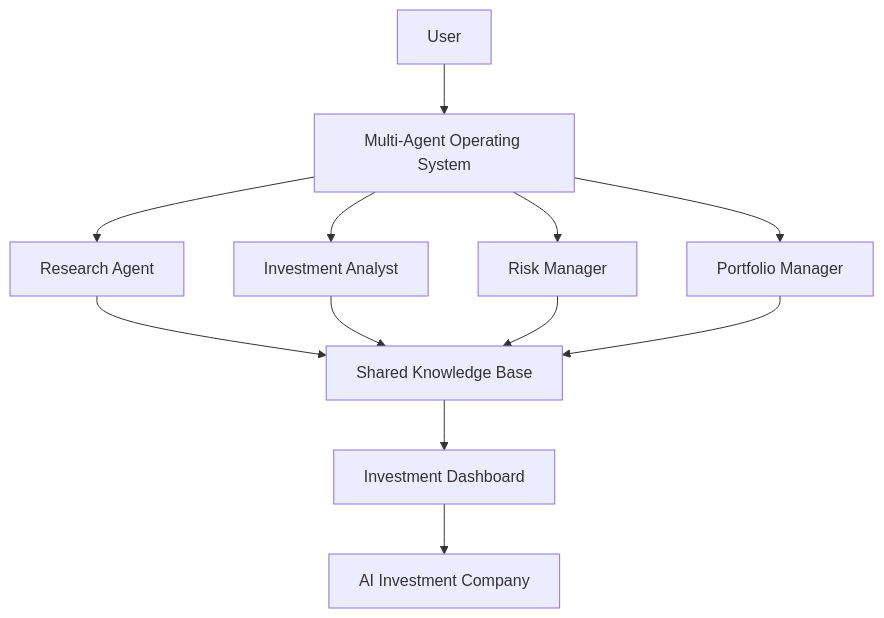
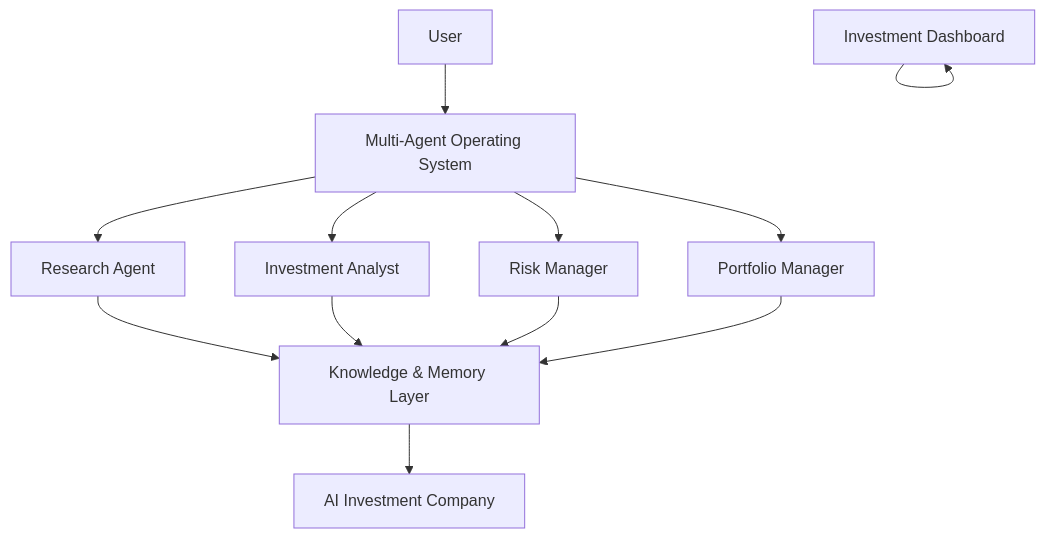
One commit to yaxingwang-ai/multi-agent-operating-system changed the diagram in README.md. Above: the diagram before and after it, drawn with Mermaid.

Commit message:
docs: add system architecture

````diff
--- a/README.md
+++ b/README.md
@@ -39,19 +39,19 @@
 ```mermaid
 graph TD
 
 User --> MAOS["Multi-Agent Operating System"]
 
 MAOS --> Research["Research Agent"]
 MAOS --> Analysis["Investment Analyst"]
 MAOS --> Risk["Risk Manager"]
 MAOS --> Portfolio["Portfolio Manager"]
 
-Research --> Knowledge["Shared Knowledge Base"]
+Research --> Knowledge["Knowledge & Memory Layer"]
 Analysis --> Knowledge
 Risk --> Knowledge
 Portfolio --> Knowledge
 
-Knowledge --> Dashboard["Investment Dashboard"]
+Knowledge --> Dashboard["AI Investment Company"]
 
-Dashboard --> Application["AI Investment Company"]
+Application --> Application["Investment Dashboard"]
 ```
````
